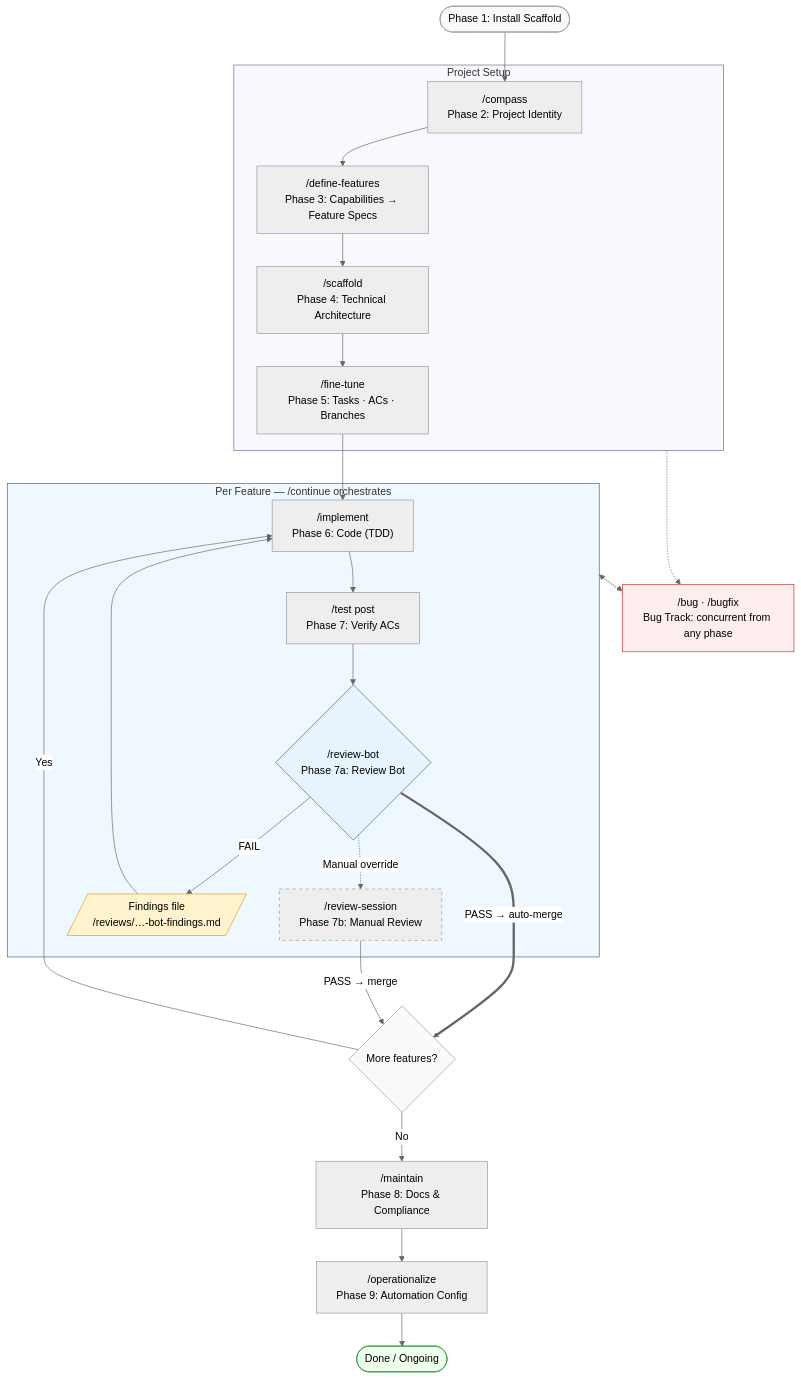
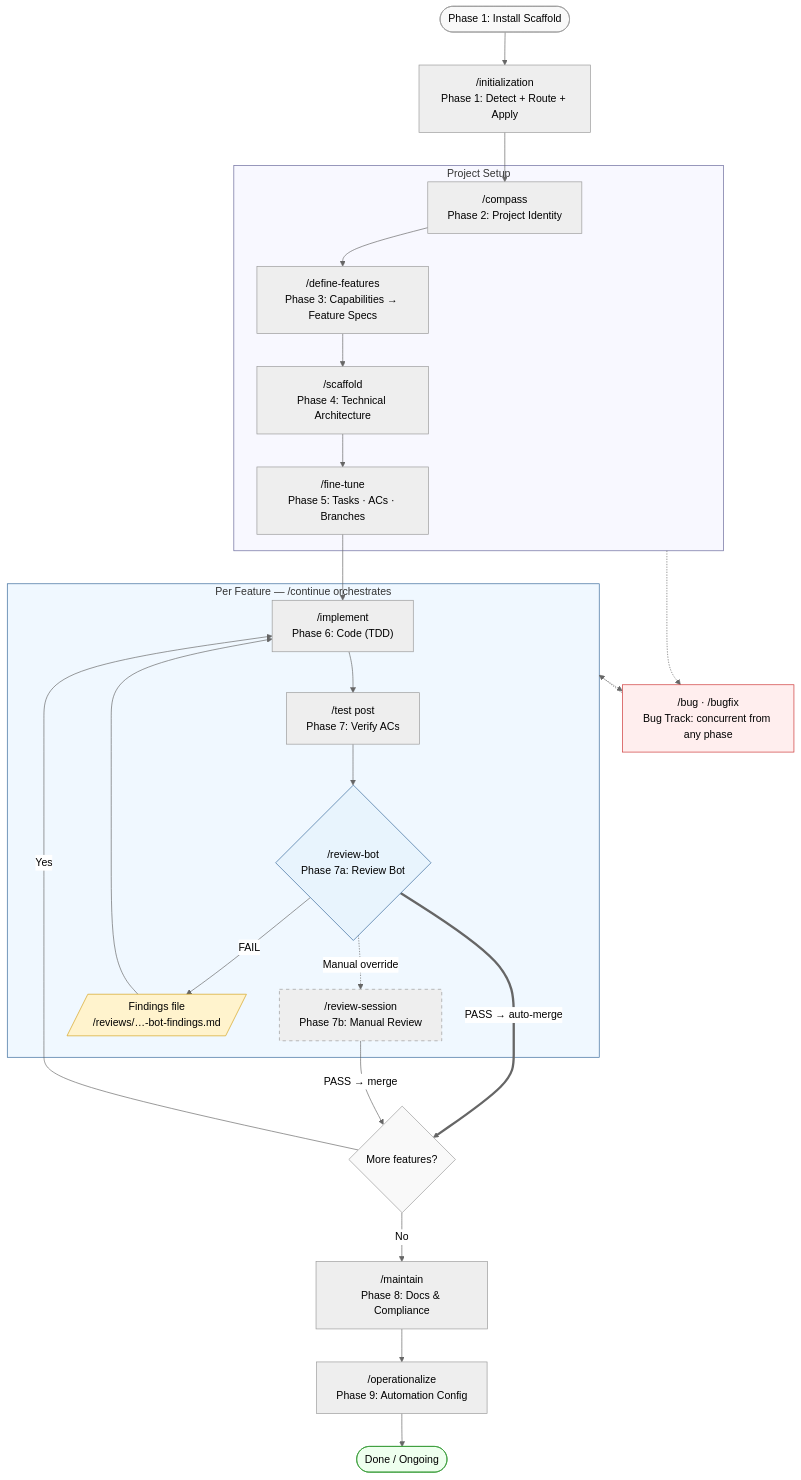
One commit to josiahH-cf/workflow changed the diagram in docs/reference/workflow-diagram.md. Above: the diagram before and after it, drawn with Mermaid (neutral theme). The commit also changed 40 other files, not shown here.

````diff
--- a/docs/reference/workflow-diagram.md
+++ b/docs/reference/workflow-diagram.md
@@ -3,50 +3,52 @@
 ```mermaid
 flowchart TD
-    START([Phase 1: Install Scaffold]) --> P2
+    START([Phase 1: Install Scaffold]) --> P1
+
+    P1["/initialization<br/>Phase 1: Detect + Route + Apply"] --> P2
 
     subgraph SETUP ["Project Setup"]
         P2["/compass<br/>Phase 2: Project Identity"]
         P3["/define-features<br/>Phase 3: Capabilities → Feature Specs"]
         P4["/scaffold<br/>Phase 4: Technical Architecture"]
         P5["/fine-tune<br/>Phase 5: Tasks · ACs · Branches"]
         P2 --> P3 --> P4 --> P5
     end
 
     P5 --> P6
 
     subgraph LOOP ["Per Feature — /continue orchestrates"]
         P6["/implement<br/>Phase 6: Code (TDD)"]
         P7["/test post<br/>Phase 7: Verify ACs"]
         P7A{"/review-bot<br/>Phase 7a: Review Bot"}
         P7B["/review-session<br/>Phase 7b: Manual Review"]
 
         P6 --> P7 --> P7A
         P7A -->|FAIL| FINDINGS[/"Findings file<br/>/reviews/…-bot-findings.md"/]
         FINDINGS --> P6
         P7A -.->|"Manual override"| P7B
     end
 
     P7A ==>|"PASS → auto-merge"| MORE{More features?}
     P7B -->|PASS → merge| MORE
     MORE -->|Yes| P6
     MORE -->|No| P8
 
     P8["/maintain<br/>Phase 8: Docs & Compliance"]
     P9["/operationalize<br/>Phase 9: Automation Config"]
     P8 --> P9 --> DONE([Done / Ongoing])
 
     BUG["/bug · /bugfix<br/>Bug Track: concurrent from any phase"]
     SETUP -.-> BUG
     LOOP -.-> BUG
     BUG -.-> LOOP
 
     style START fill:#f9f9f9,stroke:#999
     style SETUP fill:#f8f8ff,stroke:#669
     style LOOP fill:#f0f8ff,stroke:#369
     style BUG fill:#fee,stroke:#c33
     style FINDINGS fill:#fff3cd,stroke:#d4a017
     style P7A fill:#e8f4fd,stroke:#369
     style P7B stroke-dasharray: 5 5
     style MORE fill:#f9f9f9,stroke:#999
     style DONE fill:#efe,stroke:#393
 ```
````
